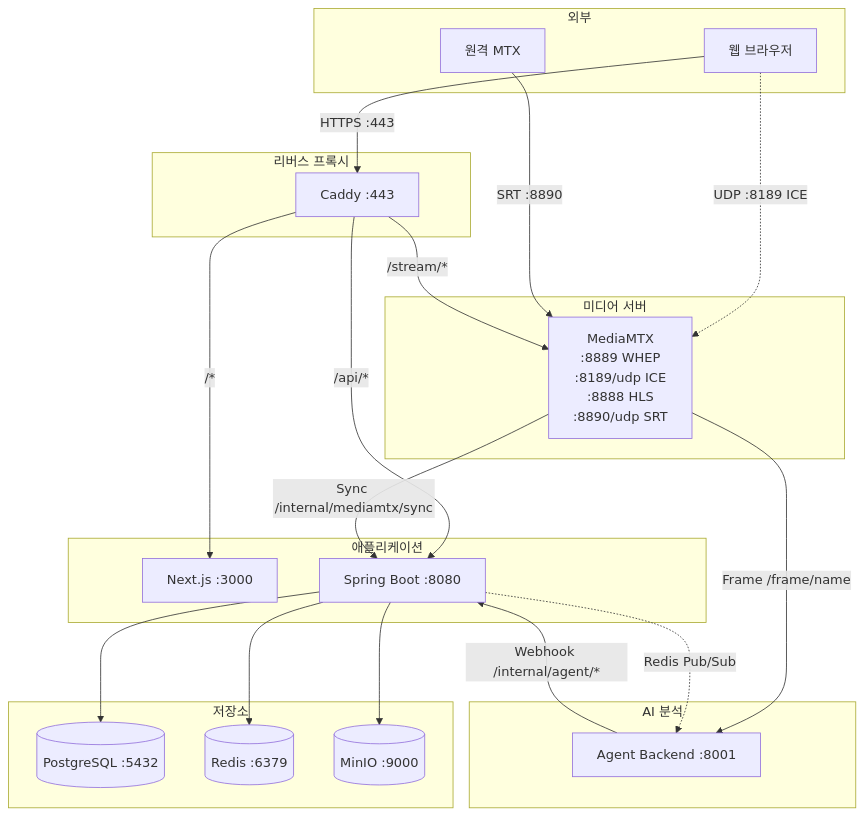
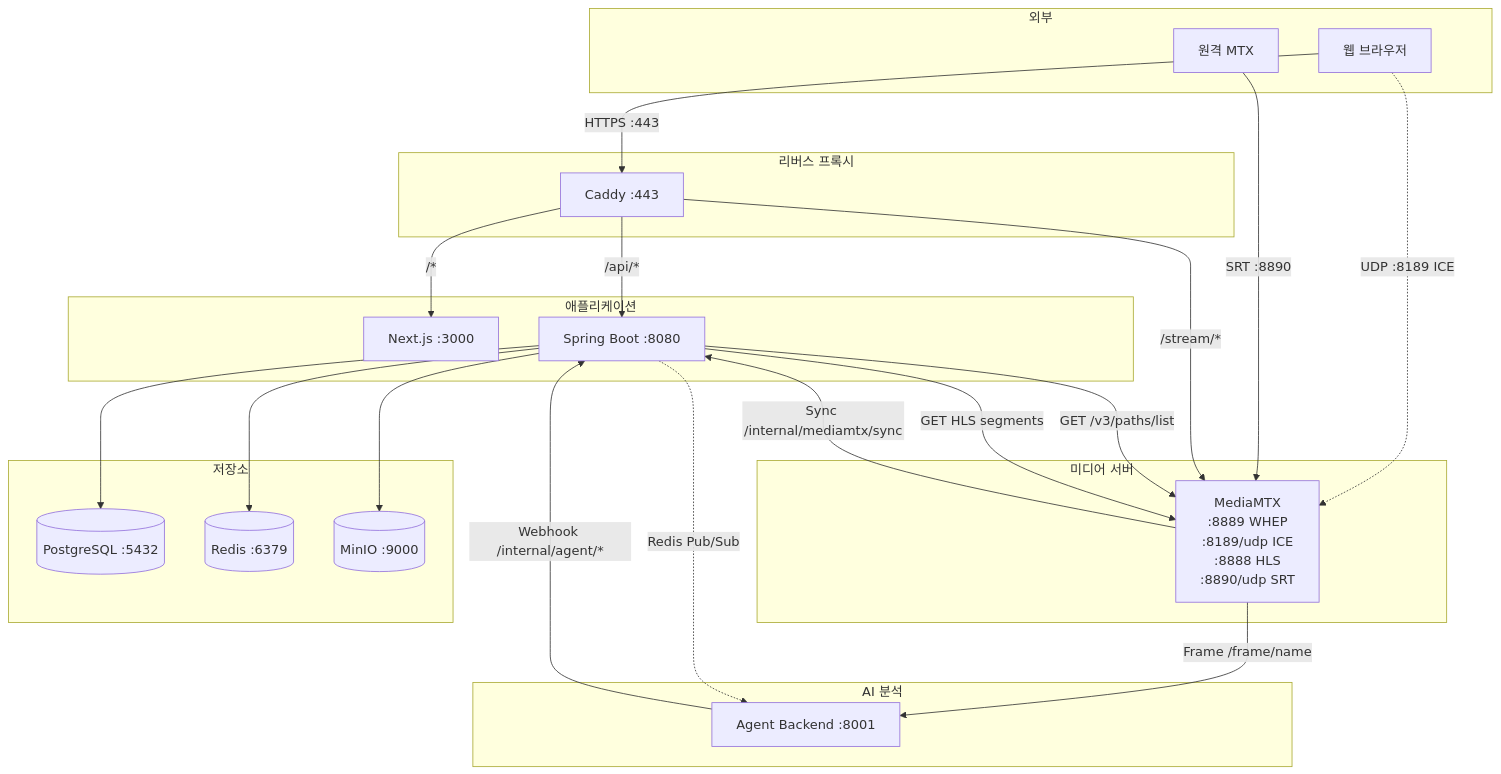
The first of 6 diagrams in WORKFLOWS.md (AIX-01/aegis-frontend), drawn with Mermaid before and after one commit. The commit also changed other lines of this file, not shown here.

Commit message:
docs: 아키텍처 다이어그램에 Backend → MTX 연결 추가

````diff
--- a/WORKFLOWS.md
+++ b/WORKFLOWS.md
@@ -93,47 +93,49 @@
 ```mermaid
 flowchart TD
     subgraph External["외부"]
         Browser["웹 브라우저"]
         RemoteMTX["원격 MTX"]
     end
 
     subgraph Proxy["리버스 프록시"]
         Caddy["Caddy :443"]
     end
 
     subgraph Application["애플리케이션"]
         Frontend["Next.js :3000"]
         Backend["Spring Boot :8080"]
     end
 
     subgraph Media["미디어 서버"]
         MTX["MediaMTX<br/>:8889 WHEP<br/>:8189/udp ICE<br/>:8888 HLS<br/>:8890/udp SRT"]
     end
 
     subgraph Storage["저장소"]
         PG[(PostgreSQL :5432)]
         Redis[(Redis :6379)]
         MinIO[(MinIO :9000)]
     end
 
     subgraph AI["AI 분석"]
         Agent["Agent Backend :8001"]
     end
 
     Browser -->|HTTPS :443| Caddy
     Browser -.->|UDP :8189 ICE| MTX
     RemoteMTX -->|SRT :8890| MTX
 
     Caddy -->|"/*"| Frontend
     Caddy -->|"/api/*"| Backend
     Caddy -->|"/stream/*"| MTX
 
     MTX -->|Sync /internal/mediamtx/sync| Backend
     MTX -->|"Frame /frame/name"| Agent
+    Backend -->|"GET /v3/paths/list"| MTX
+    Backend -->|"GET HLS segments"| MTX
     Agent -->|"Webhook /internal/agent/*"| Backend
     Backend -.->|Redis Pub/Sub| Agent
 
     Backend --> PG
     Backend --> Redis
     Backend --> MinIO
 ```
````
